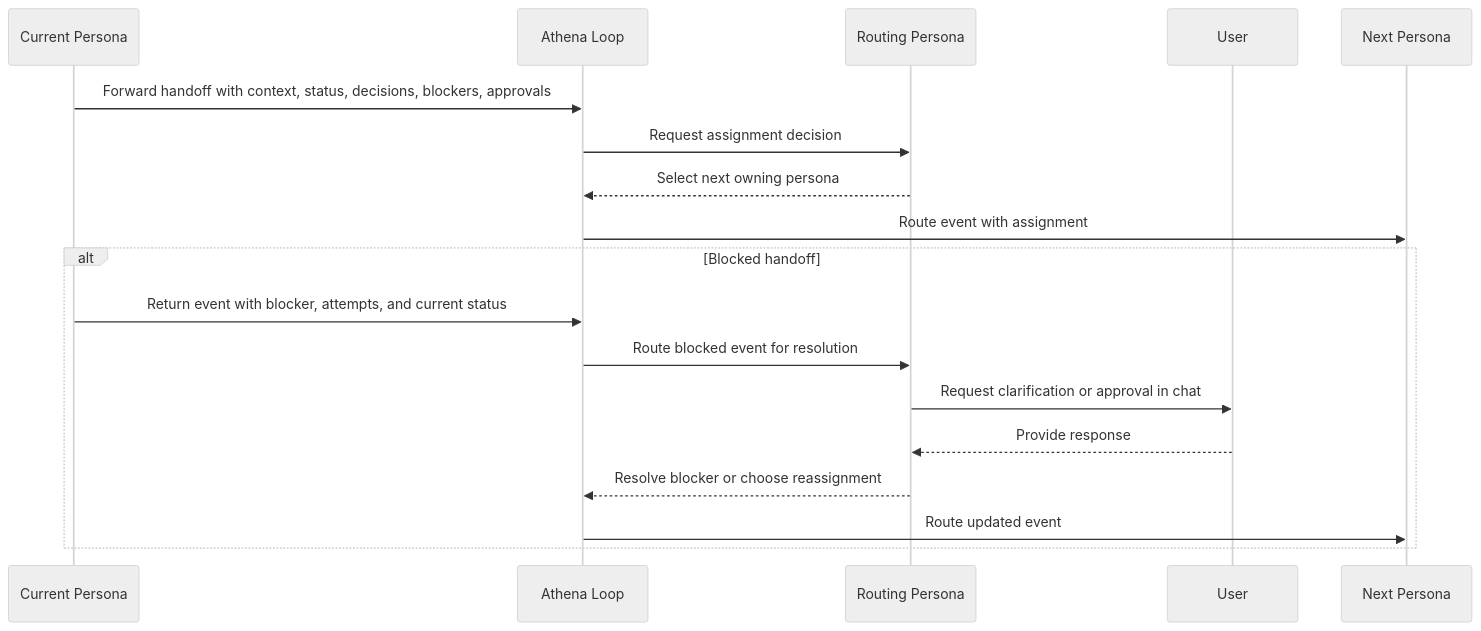
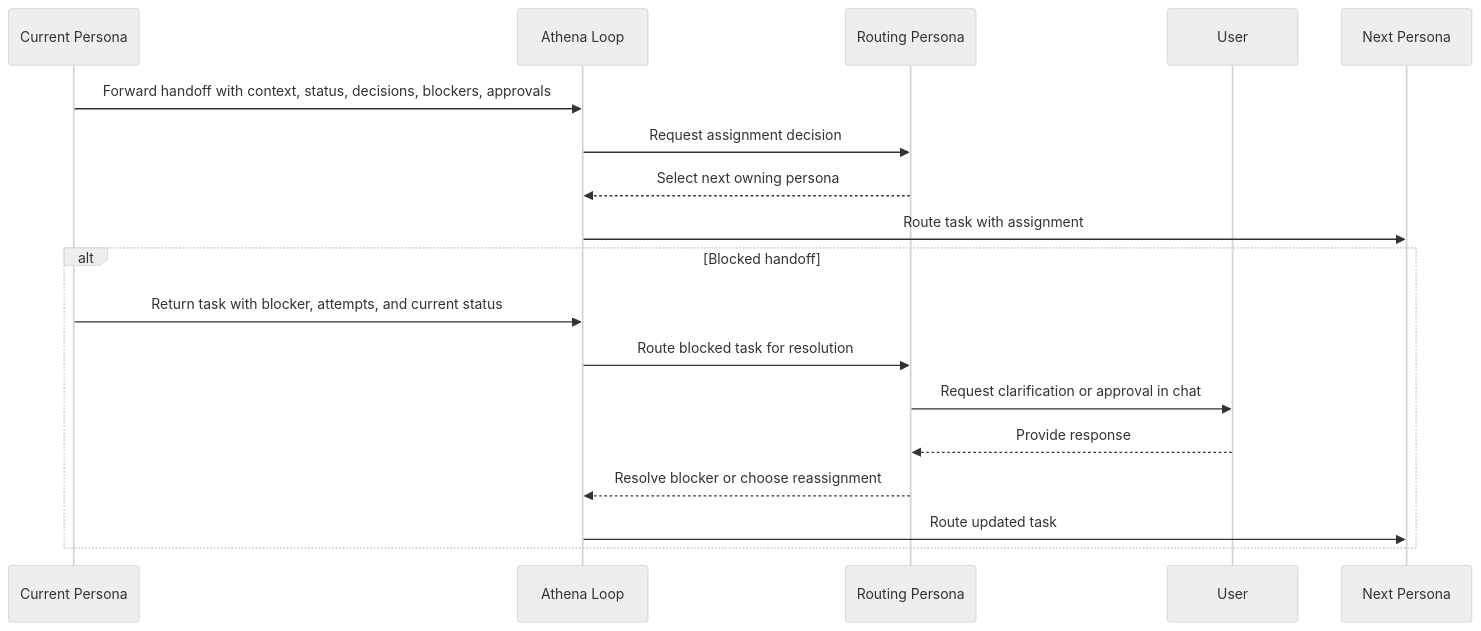
One commit to canonical/athena changed the diagram in docs/specs/definitions/handoff.definition.md. Above: the diagram before and after it, drawn with Mermaid (neutral theme). The commit also changed other lines of this file and 177 other files, not shown here.

````diff
--- a/docs/specs/definitions/handoff.definition.md
+++ b/docs/specs/definitions/handoff.definition.md
@@ -31,22 +31,22 @@
 ```mermaid
 sequenceDiagram
 	participant P as Current Persona
 	participant L as Athena Loop
 	participant R as Routing Persona
 	participant U as User
 	participant N as Next Persona
 
 	P->>L: Forward handoff with context, status, decisions, blockers, approvals
 	L->>R: Request assignment decision
 	R-->>L: Select next owning persona
-	L->>N: Route event with assignment
+	L->>N: Route task with assignment
 
 	alt Blocked handoff
-		P->>L: Return event with blocker, attempts, and current status
-		L->>R: Route blocked event for resolution
+		P->>L: Return task with blocker, attempts, and current status
+		L->>R: Route blocked task for resolution
 		R->>U: Request clarification or approval in chat
 		U-->>R: Provide response
 		R-->>L: Resolve blocker or choose reassignment
-		L->>N: Route updated event
+		L->>N: Route updated task
 	end
 ```
````
